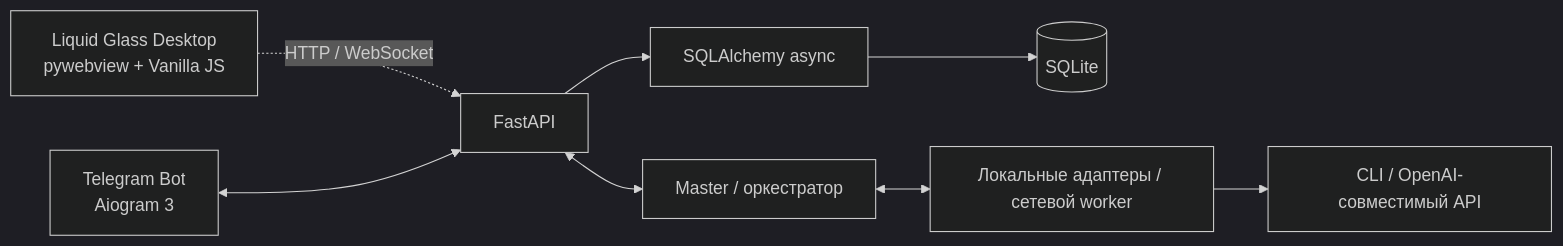
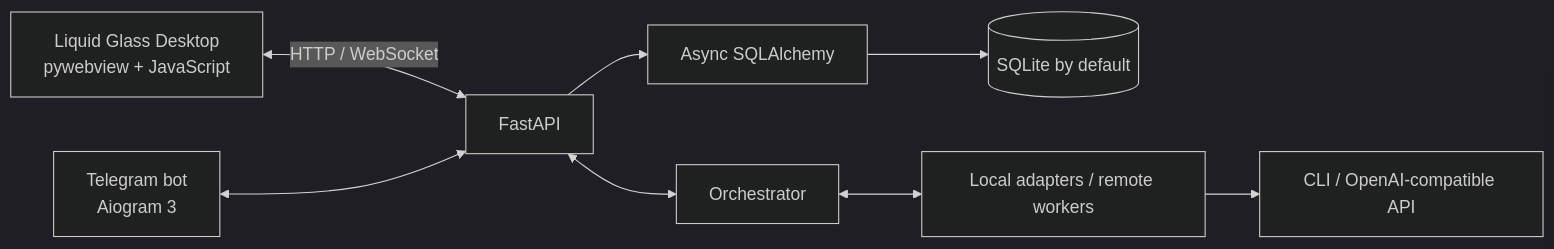
One commit to 3xstar/Loomis changed the diagram in README.md. Above: the diagram before and after it, drawn with Mermaid (dark theme). The commit also changed other lines of this file and 15 other files, not shown here.

Commit message:
feat(i18n,license): add dedicated Language tab in Desktop & Telegram settings, bilingual README and PolyForm Noncommercial 1.0.0 license

````diff
--- a/README.md
+++ b/README.md
@@ -29,10 +20,10 @@
 ```mermaid
 flowchart LR
-    Desktop["Liquid Glass Desktop<br/>pywebview + Vanilla JS"] -. "HTTP / WebSocket" .-> API["FastAPI"]
-    Telegram["Telegram Bot<br/>Aiogram 3"] <--> API
-    API --> ORM["SQLAlchemy async"]
-    ORM --> DB[("SQLite")]
-    API <--> Core["Master / оркестратор"]
-    Core <--> Worker["Локальные адаптеры / сетевой worker"]
-    Worker --> Agents["CLI / OpenAI-совместимый API"]
+    Desktop["Liquid Glass Desktop<br/>pywebview + JavaScript"] <-->|HTTP / WebSocket| API["FastAPI"]
+    Telegram["Telegram bot<br/>Aiogram 3"] <--> API
+    API --> ORM["Async SQLAlchemy"]
+    ORM --> DB[("SQLite by default")]
+    API <--> Core["Orchestrator"]
+    Core <--> Worker["Local adapters / remote workers"]
+    Worker --> Agents["CLI / OpenAI-compatible API"]
 ```
````
